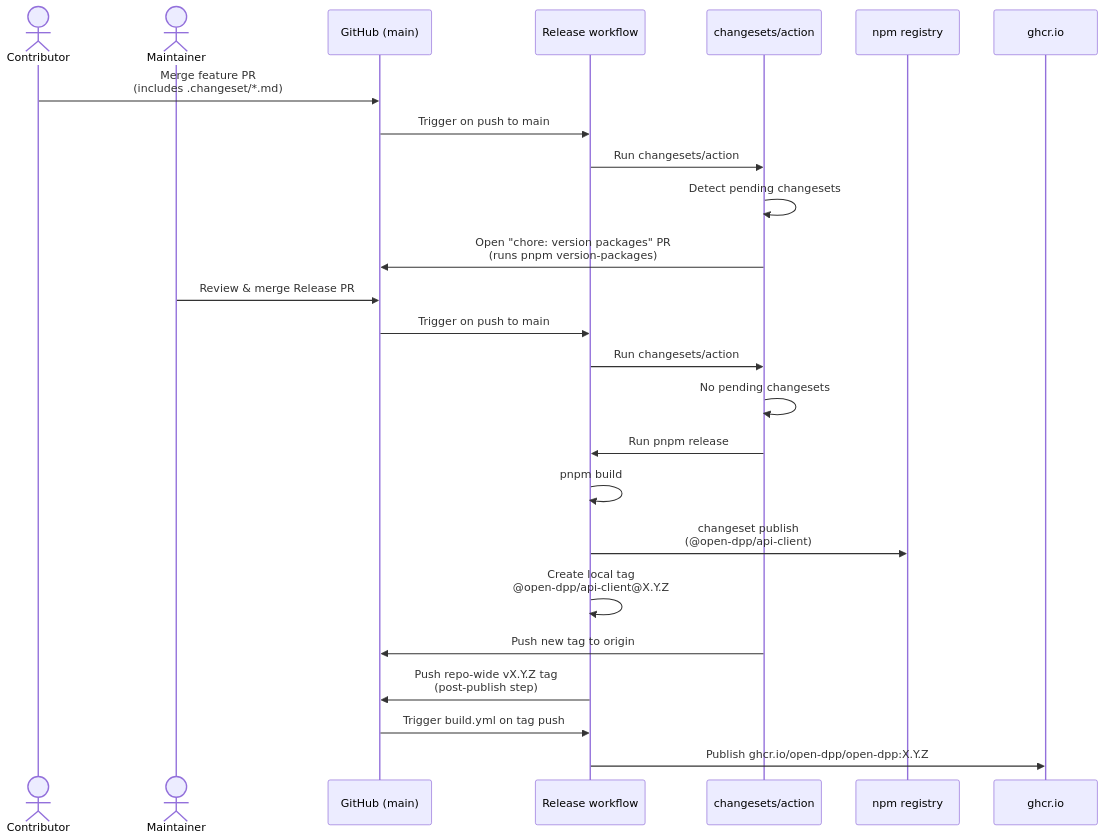
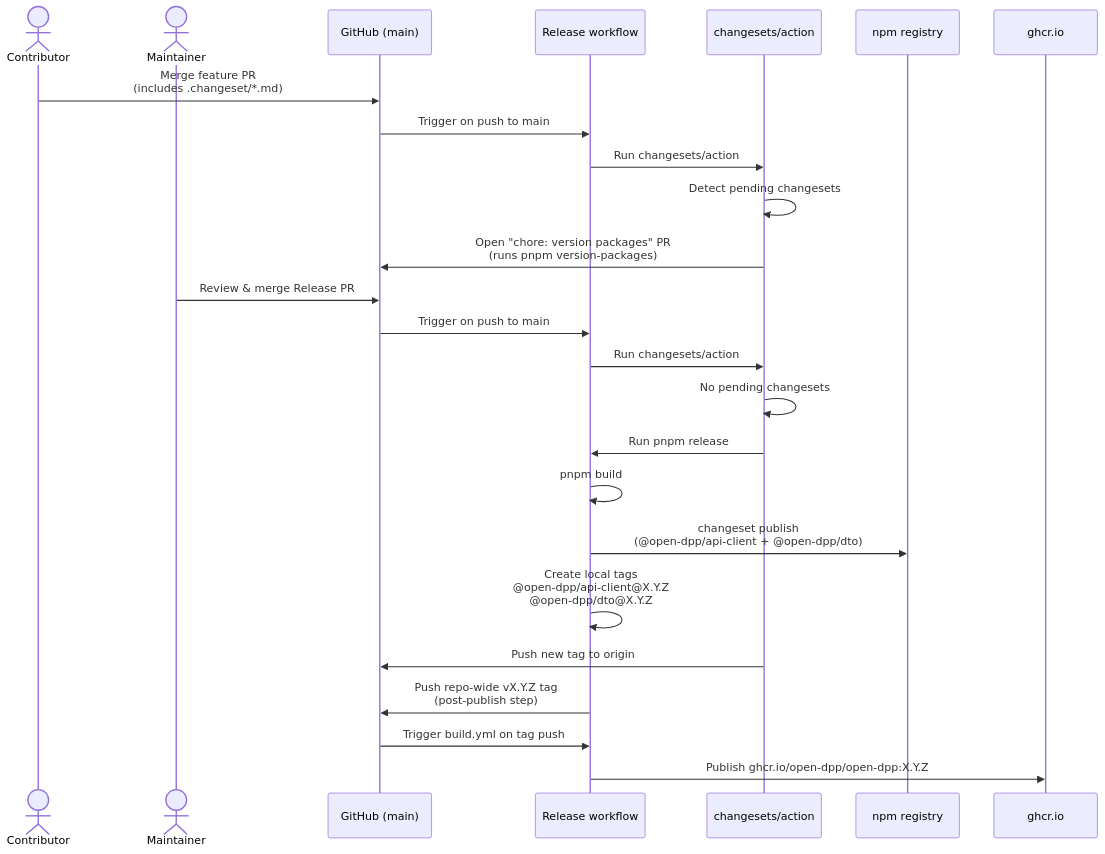
The second of 2 diagrams in RELEASING.md (open-dpp/open-dpp), drawn with Mermaid before and after one commit. The commit also changed other lines of this file, not shown here.

Commit message:
docs: update RELEASING.md to reflect dual-package publish throughout

````diff
--- a/RELEASING.md
+++ b/RELEASING.md
@@ -91,28 +91,28 @@
 ```mermaid
 sequenceDiagram
     actor Dev as Contributor
     actor Maint as Maintainer
     participant GH as GitHub (main)
     participant WF as Release workflow
     participant CS as changesets/action
     participant NPM as npm registry
     participant GHCR as ghcr.io
 
     Dev->>GH: Merge feature PR<br/>(includes .changeset/*.md)
     GH->>WF: Trigger on push to main
     WF->>CS: Run changesets/action
     CS->>CS: Detect pending changesets
     CS->>GH: Open "chore: version packages" PR<br/>(runs pnpm version-packages)
     Maint->>GH: Review & merge Release PR
     GH->>WF: Trigger on push to main
     WF->>CS: Run changesets/action
     CS->>CS: No pending changesets
     CS->>WF: Run pnpm release
     WF->>WF: pnpm build
-    WF->>NPM: changeset publish<br/>(@open-dpp/api-client)
-    WF->>WF: Create local tag<br/>@open-dpp/api-client@X.Y.Z
+    WF->>NPM: changeset publish<br/>(@open-dpp/api-client + @open-dpp/dto)
+    WF->>WF: Create local tags<br/>@open-dpp/api-client@X.Y.Z<br/>@open-dpp/dto@X.Y.Z
     CS->>GH: Push new tag to origin
     WF->>GH: Push repo-wide vX.Y.Z tag<br/>(post-publish step)
     GH->>WF: Trigger build.yml on tag push
     WF->>GHCR: Publish ghcr.io/open-dpp/open-dpp:X.Y.Z
 ```
````
